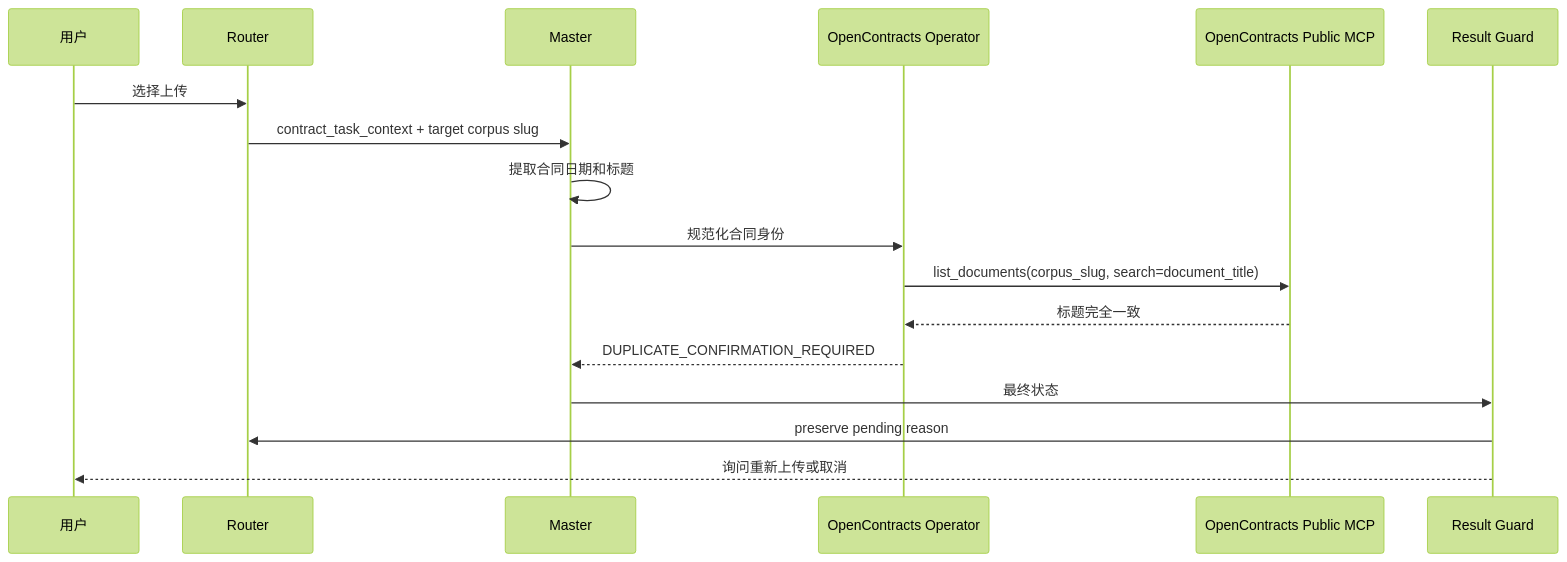
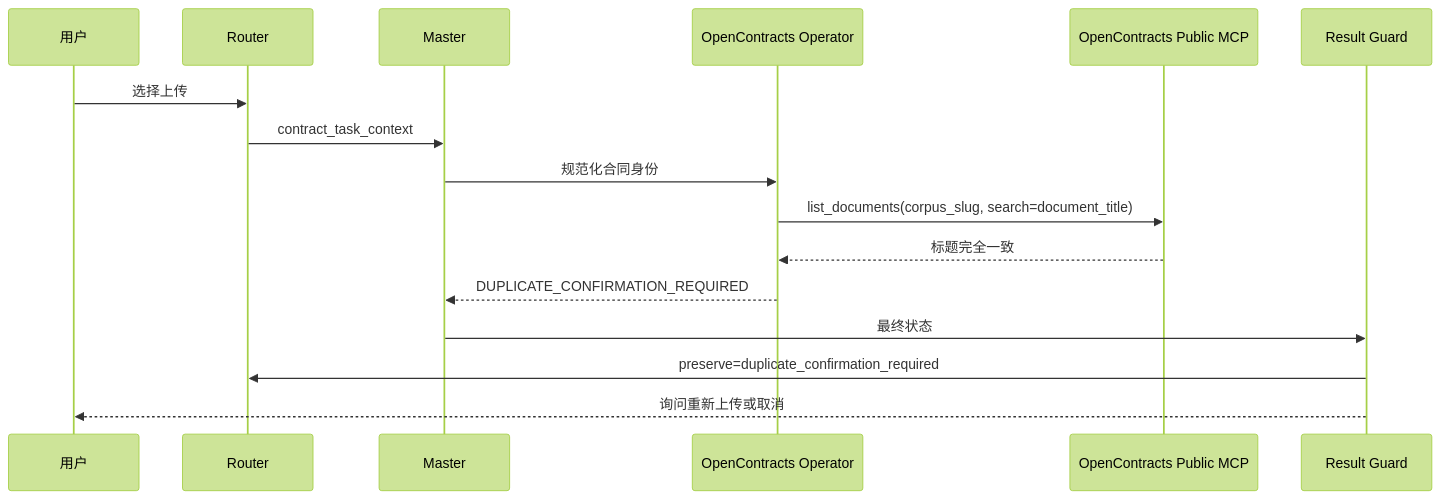
One commit to Ri0n72Y/ContractBotConfig changed the third of 6 diagrams in docs/architecture/upload-sequence.md. Above: the diagram before and after it, drawn with Mermaid (forest theme). The commit also changed other lines of this file, not shown here.

Commit message:
docs: add blocked resume upload sequence

````diff
--- a/docs/architecture/upload-sequence.md
+++ b/docs/architecture/upload-sequence.md
@@ -41,20 +64,19 @@
 ```mermaid
 sequenceDiagram
     participant U as 用户
     participant R as Router
     participant M as Master
     participant O as OpenContracts Operator
     participant MCP as OpenContracts Public MCP
     participant RG as Result Guard
 
     U->>R: 选择上传
-    R->>M: contract_task_context + target corpus slug
-    M->>M: 提取合同日期和标题
+    R->>M: contract_task_context
     M->>O: 规范化合同身份
     O->>MCP: list_documents(corpus_slug, search=document_title)
     MCP-->>O: 标题完全一致
     O-->>M: DUPLICATE_CONFIRMATION_REQUIRED
     M->>RG: 最终状态
-    RG->>R: preserve pending reason
+    RG->>R: preserve=duplicate_confirmation_required
     RG-->>U: 询问重新上传或取消
 ```
````
